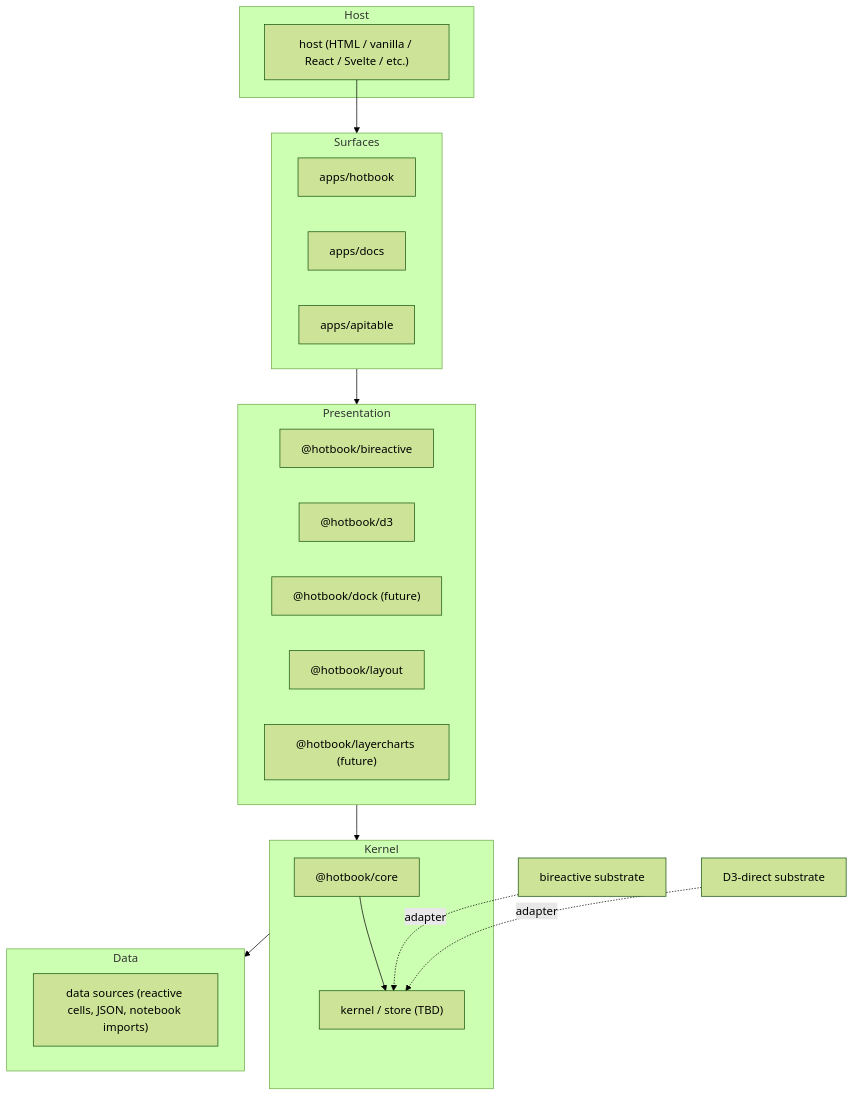
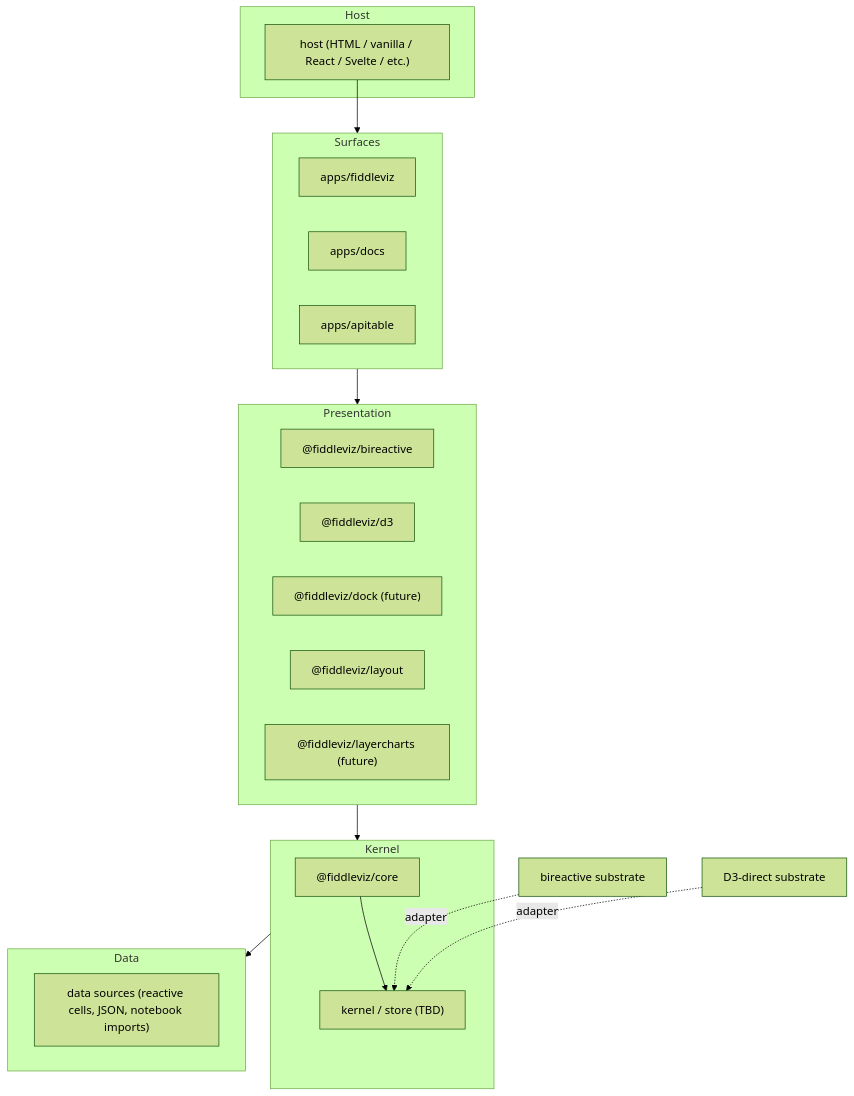
Before and after one commit to WinstonFassett/hotbook: the first of 6 diagrams in wiki/reorg-whiteboard.md, drawn with Mermaid (forest theme). The commit also changed other lines of this file and 128 other files, not shown here.

````diff
--- a/wiki/reorg-whiteboard.md
+++ b/wiki/reorg-whiteboard.md
@@ -9,38 +9,38 @@
 ```mermaid
 flowchart TB
     subgraph Host
       h["host (HTML / vanilla / React / Svelte / etc.)"]
     end
 
     subgraph Surfaces
-      hotbook["apps/hotbook"]
+      fiddleviz["apps/fiddleviz"]
       docs["apps/docs"]
       apitable["apps/apitable"]
     end
 
     subgraph Presentation
-      charts["@hotbook/bireactive"]
-      d3["@hotbook/d3"]
-      dock["@hotbook/dock (future)"]
-      layout["@hotbook/layout"]
-      layercharts["@hotbook/layercharts (future)"]
+      charts["@fiddleviz/bireactive"]
+      d3["@fiddleviz/d3"]
+      dock["@fiddleviz/dock (future)"]
+      layout["@fiddleviz/layout"]
+      layercharts["@fiddleviz/layercharts (future)"]
     end
 
     subgraph Kernel
-      core["@hotbook/core"]
+      core["@fiddleviz/core"]
       kernel["kernel / store (TBD)"]
     end
 
     subgraph Data
       sources["data sources (reactive cells, JSON, notebook imports)"]
     end
 
     h --> Surfaces
     Surfaces --> Presentation
     Presentation --> Kernel
     Kernel --> Data
 
     core --> kernel
     bireactive["bireactive substrate"] -.adapter.-> kernel
     d3direct["D3-direct substrate"] -.adapter.-> kernel
 ```
````
